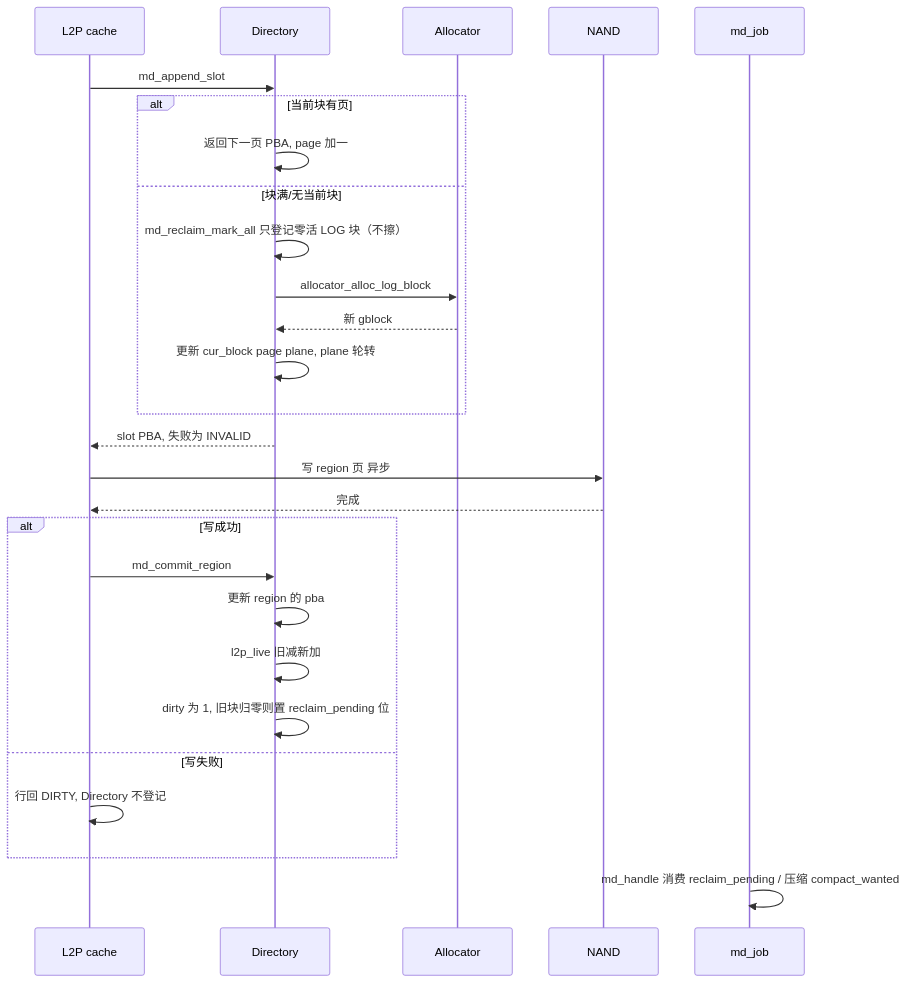
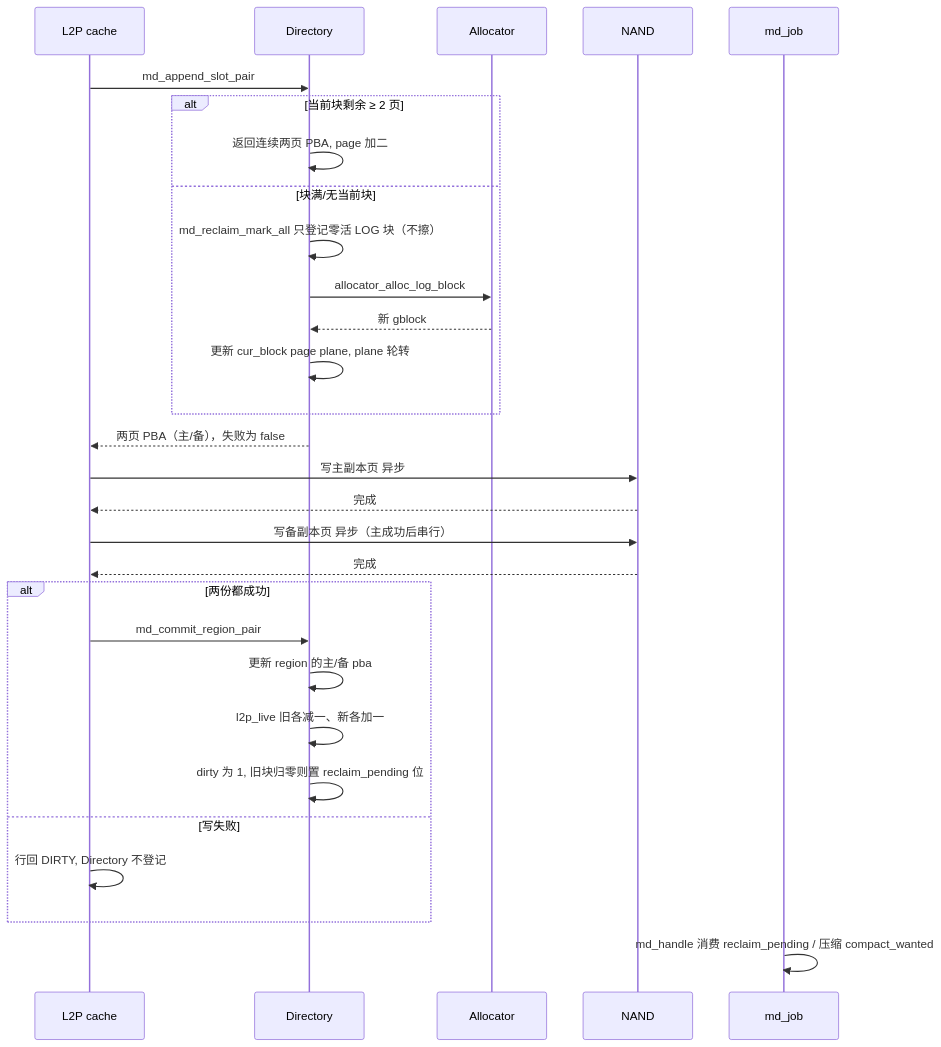
Before and after one commit to YzYMIAO/BASESSD: diagram 11 of 32 in docs/design/ftl_design.md, drawn with Mermaid. The commit also changed other lines of this file and 136 other files, not shown here.

````diff
--- a/docs/design/ftl_design.md
+++ b/docs/design/ftl_design.md
@@ -1812,30 +1894,32 @@
 ```mermaid
 sequenceDiagram
     participant C as L2P cache
     participant D as Directory
     participant A as Allocator
     participant N as NAND
     participant J as md_job
 
-    C->>D: md_append_slot
-    alt 当前块有页
-        D->>D: 返回下一页 PBA, page 加一
+    C->>D: md_append_slot_pair
+    alt 当前块剩余 ≥ 2 页
+        D->>D: 返回连续两页 PBA, page 加二
     else 块满/无当前块
         D->>D: md_reclaim_mark_all 只登记零活 LOG 块（不擦）
         D->>A: allocator_alloc_log_block
         A-->>D: 新 gblock
         D->>D: 更新 cur_block page plane, plane 轮转
     end
-    D-->>C: slot PBA, 失败为 INVALID
-    C->>N: 写 region 页 异步
+    D-->>C: 两页 PBA（主/备），失败为 false
+    C->>N: 写主副本页 异步
     N-->>C: 完成
-    alt 写成功
-        C->>D: md_commit_region
-        D->>D: 更新 region 的 pba
-        D->>D: l2p_live 旧减新加
+    C->>N: 写备副本页 异步（主成功后串行）
+    N-->>C: 完成
+    alt 两份都成功
+        C->>D: md_commit_region_pair
+        D->>D: 更新 region 的主/备 pba
+        D->>D: l2p_live 旧各减一、新各加一
         D->>D: dirty 为 1, 旧块归零则置 reclaim_pending 位
     else 写失败
         C->>C: 行回 DIRTY, Directory 不登记
     end
     J->>J: md_handle 消费 reclaim_pending / 压缩 compact_wanted
 ```
````
